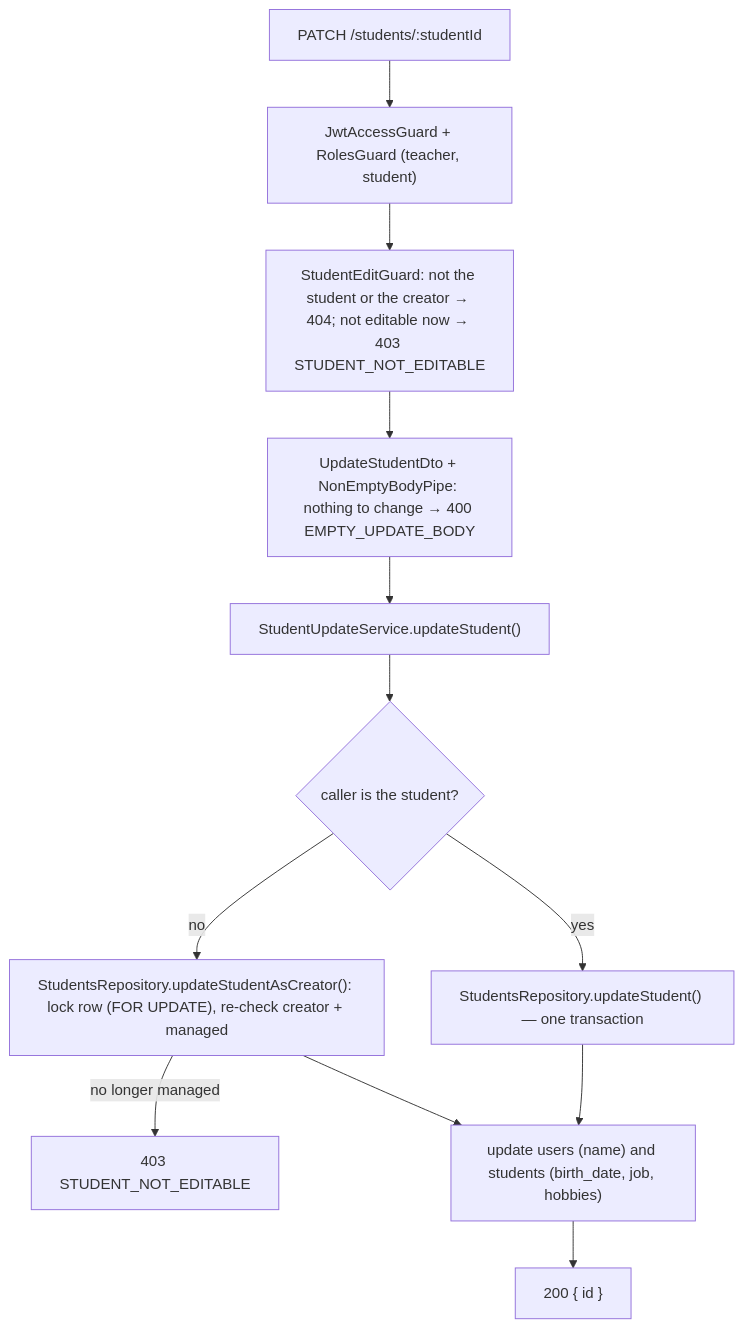
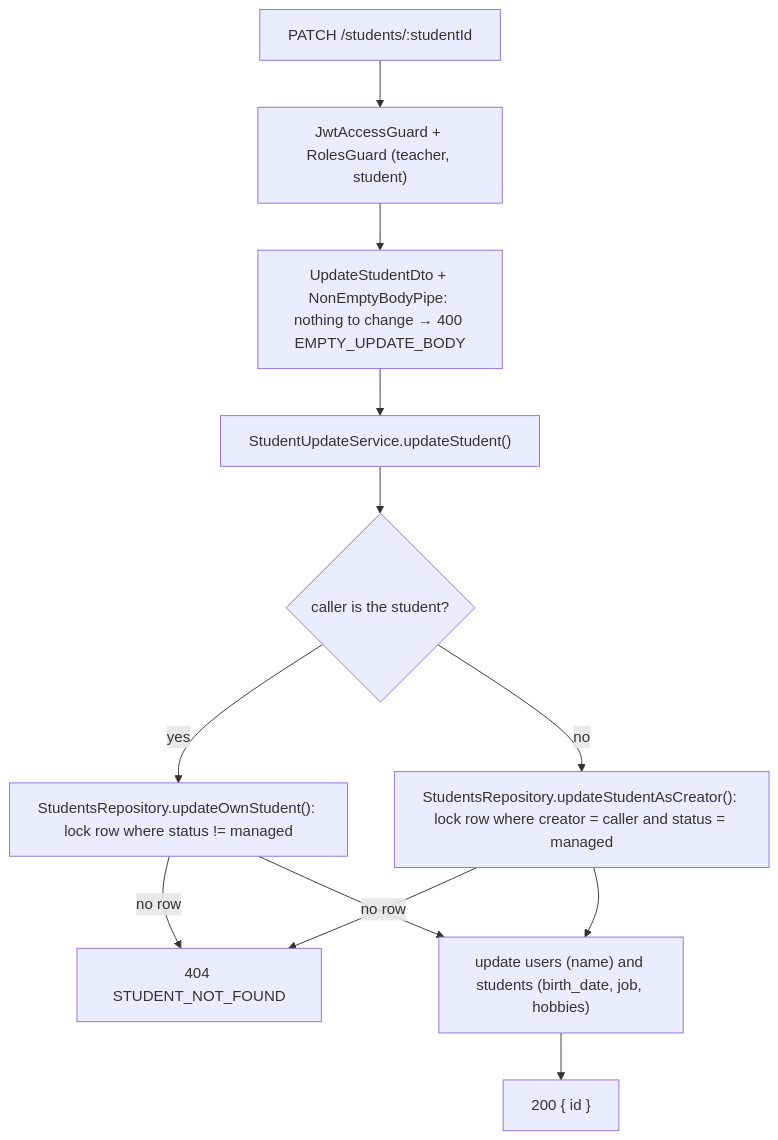
One commit to KaterynaKocheharova/Practice-app changed the third of 3 diagrams in back/docs/students/student-endpoints.md. Above: the diagram before and after it, drawn with Mermaid. The commit also changed other lines of this file and 53 other files, not shown here.

Commit message:
remove redundand guards if where check possible

````diff
--- a/back/docs/students/student-endpoints.md
+++ b/back/docs/students/student-endpoints.md
@@ -98,14 +94,14 @@
 ```mermaid
 flowchart TD
   Request["PATCH /students/:studentId"] --> Guards["JwtAccessGuard + RolesGuard (teacher, student)"]
-  Guards --> Edit["StudentEditGuard: not the student or the creator → 404; not editable now → 403 STUDENT_NOT_EDITABLE"]
-  Edit --> Body["UpdateStudentDto + NonEmptyBodyPipe: nothing to change → 400 EMPTY_UPDATE_BODY"]
+  Guards --> Body["UpdateStudentDto + NonEmptyBodyPipe: nothing to change → 400 EMPTY_UPDATE_BODY"]
   Body --> Service["StudentUpdateService.updateStudent()"]
   Service --> Self{"caller is the student?"}
-  Self -- yes --> Own["StudentsRepository.updateStudent() — one transaction"]
-  Self -- no --> Creator["StudentsRepository.updateStudentAsCreator(): lock row (FOR UPDATE), re-check creator + managed"]
-  Creator -->|no longer managed| Gone["403 STUDENT_NOT_EDITABLE"]
+  Self -- yes --> Own["StudentsRepository.updateOwnStudent(): lock row where status != managed"]
+  Self -- no --> Creator["StudentsRepository.updateStudentAsCreator(): lock row where creator = caller and status = managed"]
+  Own -->|no row| Gone["404 STUDENT_NOT_FOUND"]
+  Creator -->|no row| Gone
   Creator --> Apply["update users (name) and students (birth_date, job, hobbies)"]
   Own --> Apply
   Apply --> Response["200 { id }"]
 ```
````
